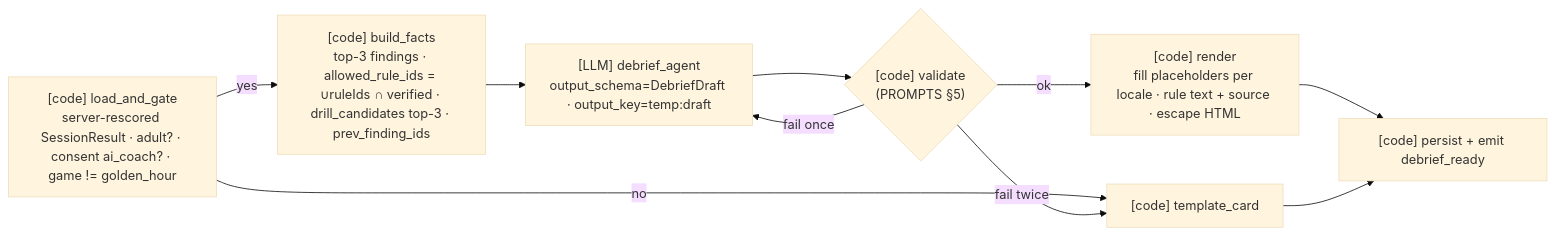
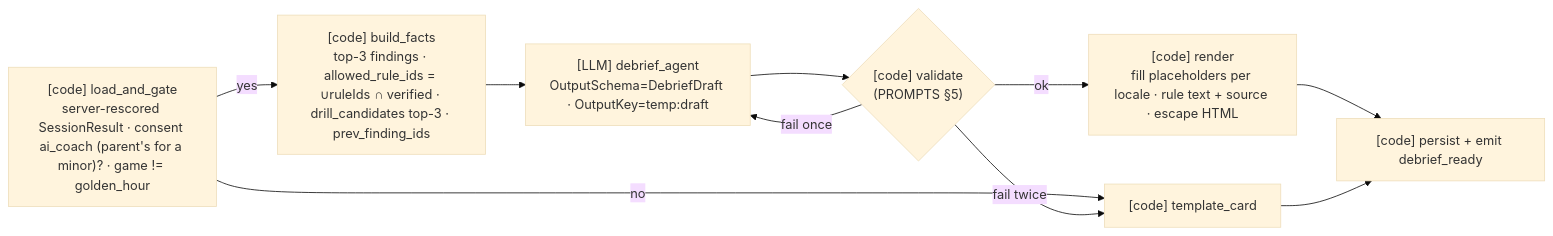
The second of 4 diagrams in docs/04-ai/AGENTS.md (sruj08/margadarshak), drawn with Mermaid (base theme) before and after one commit. The commit also changed other lines of this file and 1326 other files, not shown here.

````diff
--- a/docs/04-ai/AGENTS.md
+++ b/docs/04-ai/AGENTS.md
@@ -231,12 +282,12 @@
 ```mermaid
 flowchart LR
-  A["[code] load_and_gate<br/>server-rescored SessionResult · adult? · consent ai_coach? · game != golden_hour"] -->|no| T["[code] template_card"]
+  A["[code] load_and_gate<br/>server-rescored SessionResult · consent ai_coach (parent's for a minor)? · game != golden_hour"] -->|no| T["[code] template_card"]
   A -->|yes| B["[code] build_facts<br/>top-3 findings · allowed_rule_ids = ∪ruleIds ∩ verified · drill_candidates top-3 · prev_finding_ids"]
-  B --> C["[LLM] debrief_agent<br/>output_schema=DebriefDraft · output_key=temp:draft"]
+  B --> C["[LLM] debrief_agent<br/>OutputSchema=DebriefDraft · OutputKey=temp:draft"]
   C --> V{"[code] validate<br/>(PROMPTS §5)"}
   V -->|ok| R["[code] render<br/>fill placeholders per locale · rule text + source · escape HTML"]
   V -->|fail once| C
   V -->|fail twice| T
   R --> P["[code] persist + emit debrief_ready"]
   T --> P
 ```
````
